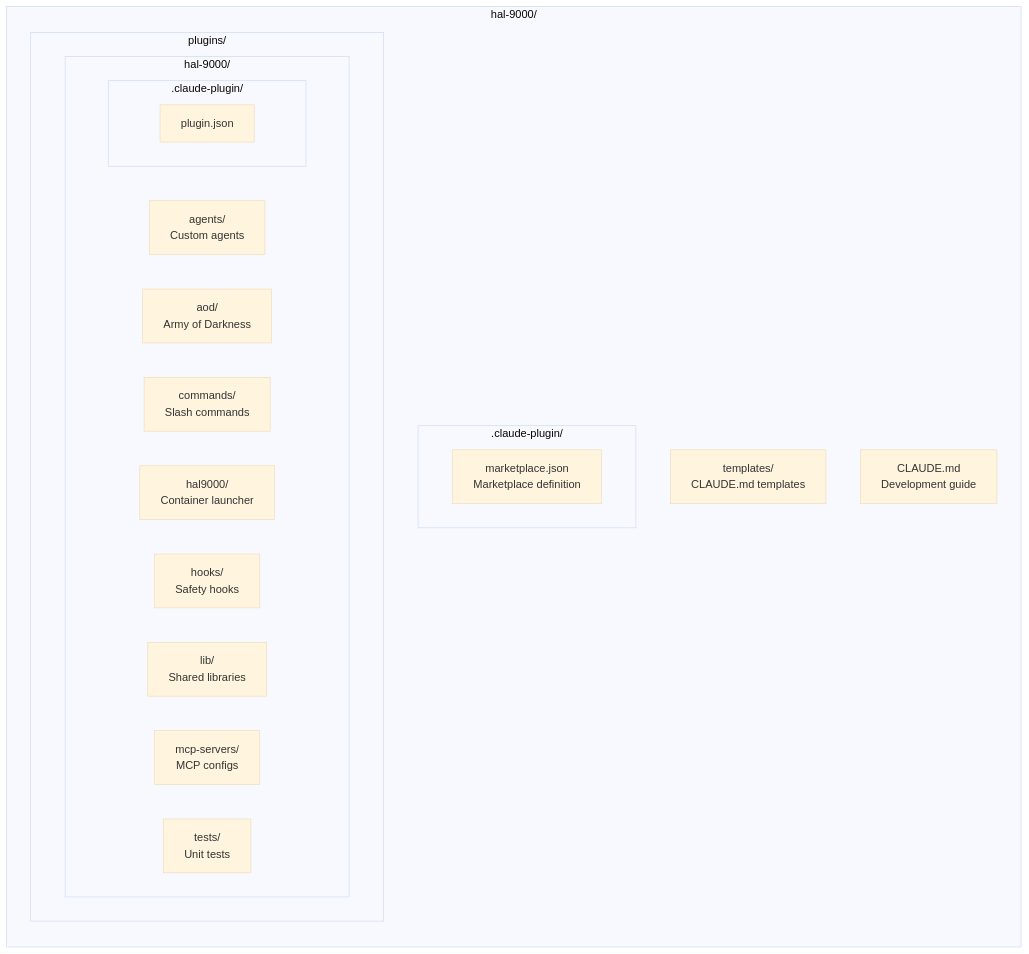
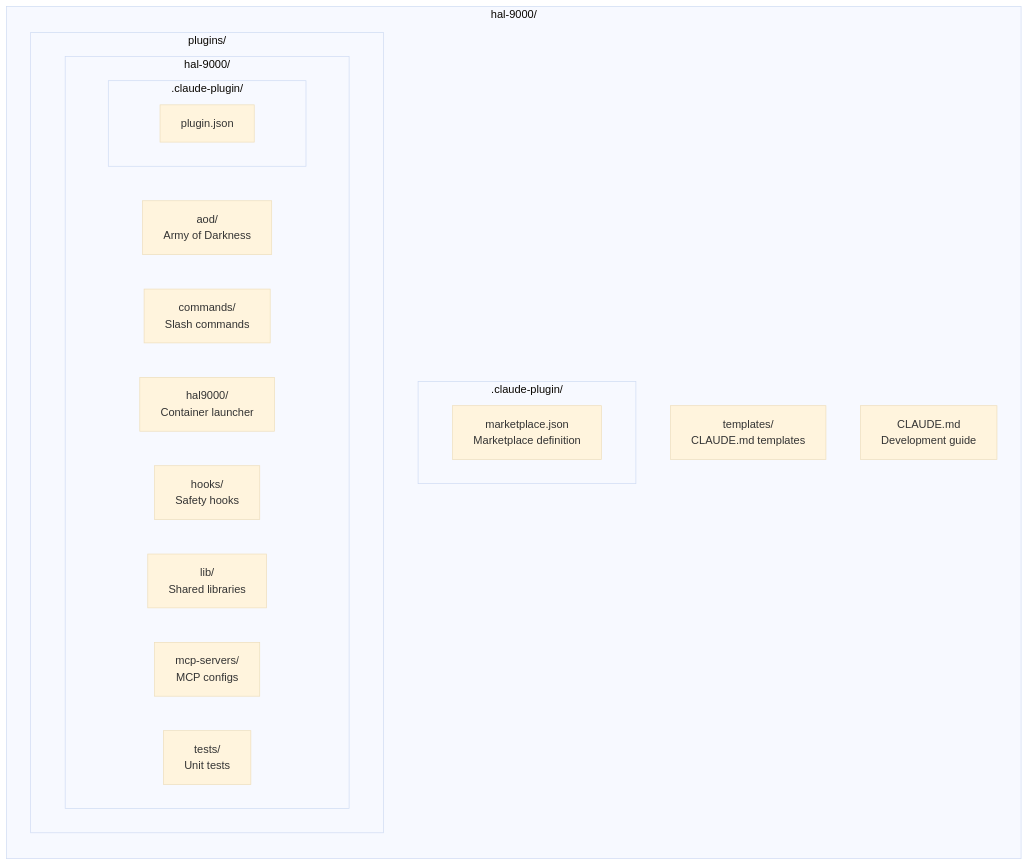
Before and after one commit to Hellblazer/hal-9000: the diagram in CONTRIBUTING.md, drawn with Mermaid (base theme). The commit also changed other lines of this file and 9 other files, not shown here.

````diff
--- a/CONTRIBUTING.md
+++ b/CONTRIBUTING.md
@@ -7,27 +7,26 @@
 ```mermaid
 graph LR
     subgraph hal9000["hal-9000/"]
         subgraph claude_plugin[".claude-plugin/"]
             marketplace["marketplace.json<br/>Marketplace definition"]
         end
 
         subgraph plugins["plugins/"]
             subgraph hal9000_plugin["hal-9000/"]
                 subgraph plugin_meta[".claude-plugin/"]
                     pluginjson["plugin.json"]
                 end
-                agents["agents/<br/>Custom agents"]
                 aod["aod/<br/>Army of Darkness"]
                 commands["commands/<br/>Slash commands"]
                 hal9000dir["hal9000/<br/>Container launcher"]
                 hooks["hooks/<br/>Safety hooks"]
                 lib["lib/<br/>Shared libraries"]
                 mcp["mcp-servers/<br/>MCP configs"]
                 tests["tests/<br/>Unit tests"]
             end
         end
 
         templates["templates/<br/>CLAUDE.md templates"]
         claudemd["CLAUDE.md<br/>Development guide"]
     end
 ```
````
